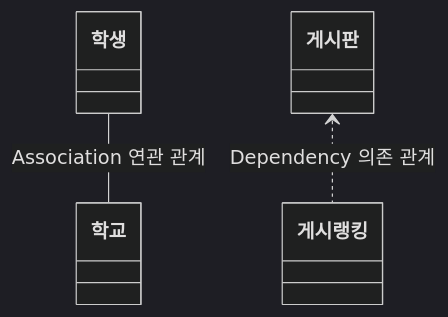
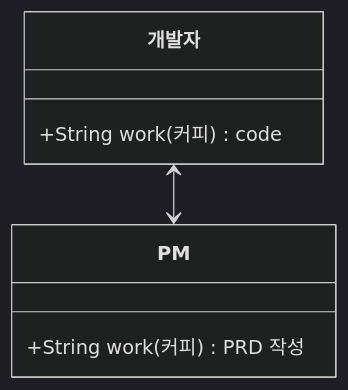
One commit to zerozoo-a/zerozoo-a.github.io changed the fourth of 5 diagrams in content/blog/정처기/UML-class-digram-2.md. Above: the diagram before and after it, drawn with Mermaid. The commit also changed other lines of this file and 1 other file, not shown here.

````diff
--- a/content/blog/정처기/UML-class-digram-2.md
+++ b/content/blog/정처기/UML-class-digram-2.md
@@ -32,6 +99,15 @@
 ```mermaid
 %%{init: {'theme':'dark'}}%%
+
 classDiagram
-학생 -- 학교: Association 연관 관계
-게시판 <.. 게시 랭킹: Dependency 의존 관계
+
+class 개발자 {
+    +String work(커피)code
+}
+
+class PM {
+    +String work(커피)PRD 작성
+    }
+
+개발자 <--> PM
 ```
````
